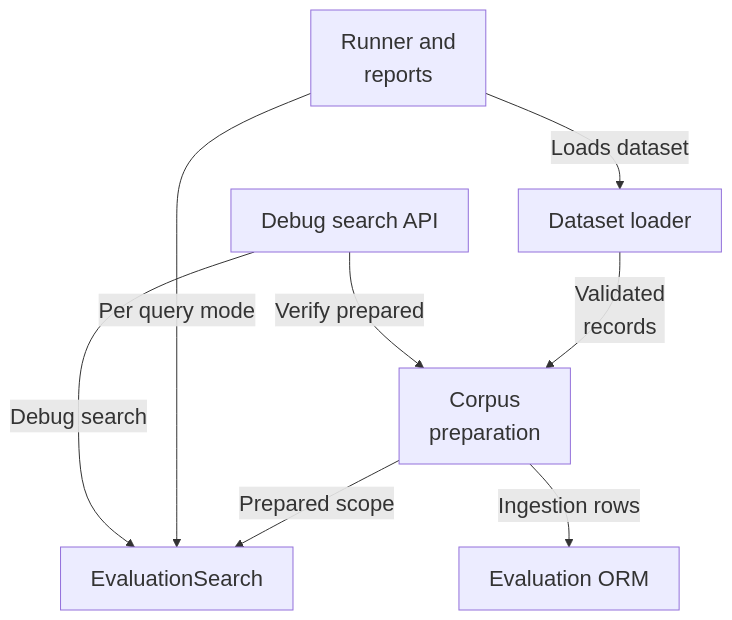
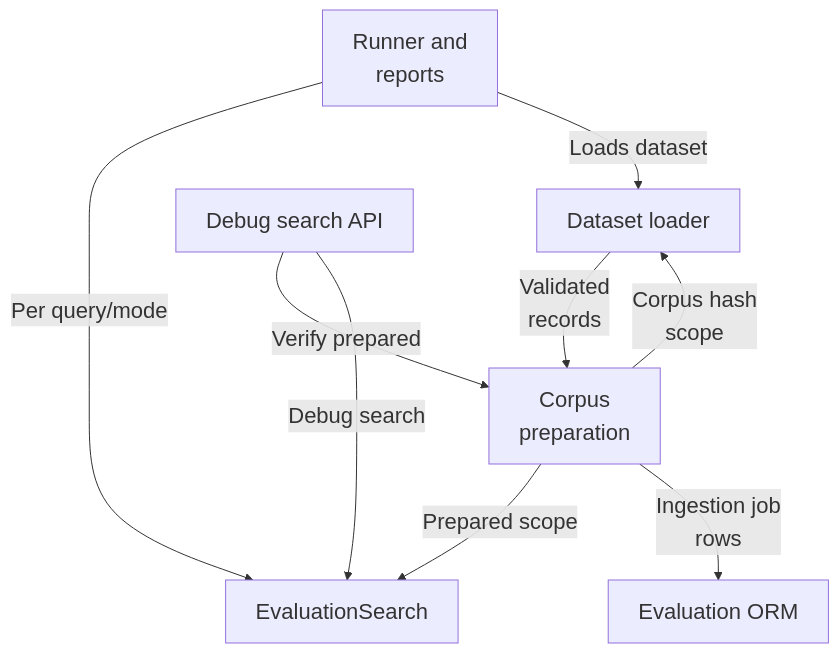
The diagram in maps/evaluation/diagram-01.mmd (Justin-Mendoza/Afterclass), drawn with Mermaid before and after one commit. The commit also changed 88 other files, not shown here.

```diff
--- a/maps/evaluation/diagram-01.mmd
+++ b/maps/evaluation/diagram-01.mmd
@@ -1,15 +1,16 @@
 %%{init: {"themeVariables": {"fontSize": "22px"}}}%%
 flowchart TD
   n0["Dataset loader"]
   n1["Corpus<br/>preparation"]
   n2["EvaluationSearch"]
   n3["Runner and<br/>reports"]
   n4["Debug search API"]
   n5["Evaluation ORM"]
   n0 -->|"Validated<br/>records"| n1
   n1 -->|"Prepared scope"| n2
-  n3 -->|"Per query mode"| n2
+  n3 -->|"Per query/mode"| n2
   n3 -->|"Loads dataset"| n0
   n4 -->|"Verify prepared"| n1
   n4 -->|"Debug search"| n2
-  n1 -->|"Ingestion rows"| n5
+  n1 -->|"Ingestion job<br/>rows"| n5
+  n1 -->|"Corpus hash<br/>scope"| n0
```
